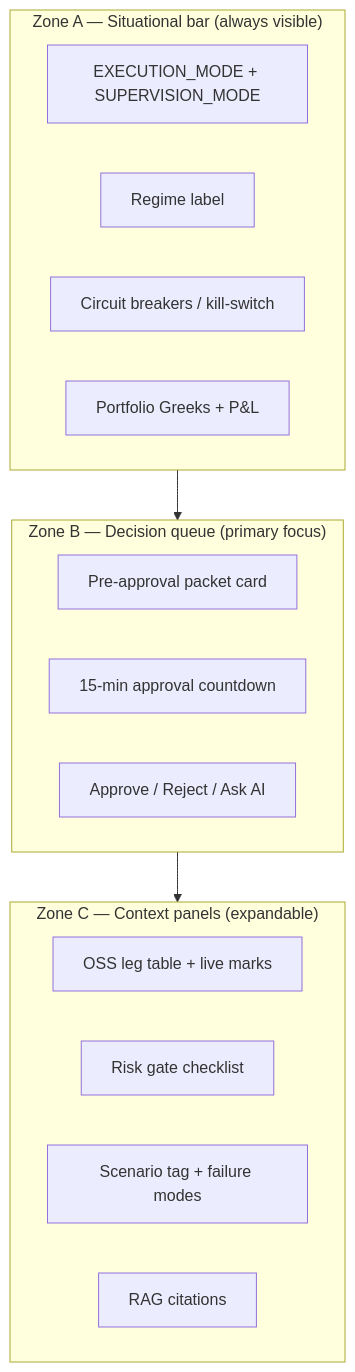
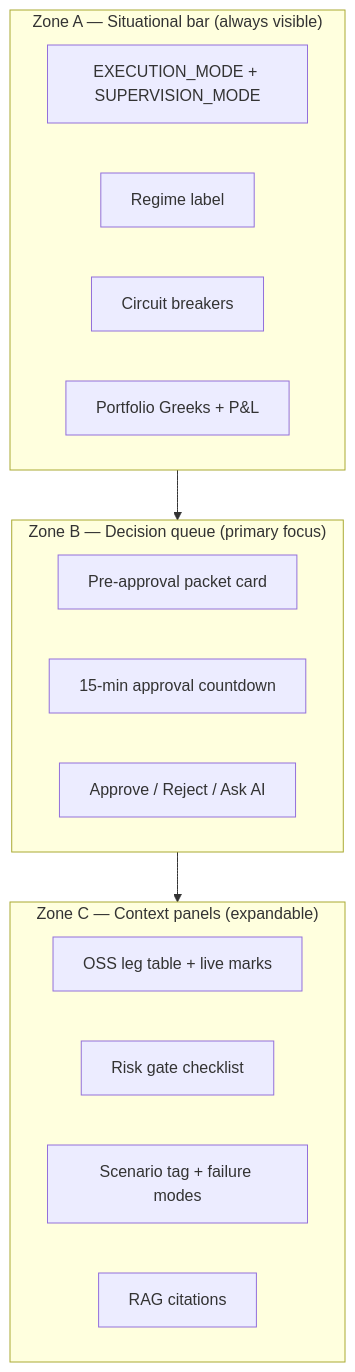
Before and after one commit to KarthikBattaram19/Trading_Bot_1: the diagram in Docs/UI_Dashboard.md, drawn with Mermaid. The commit also changed other lines of this file and 3 other files, not shown here.

First line of the commit message:
Sweep remaining stale kill-switch references from docs and local config

````diff
--- a/Docs/UI_Dashboard.md
+++ b/Docs/UI_Dashboard.md
@@ -31,24 +31,24 @@
 ```mermaid
 flowchart TB
     subgraph Top["Zone A — Situational bar (always visible)"]
         MODE[EXECUTION_MODE + SUPERVISION_MODE]
         REGIME[Regime label]
-        CB[Circuit breakers / kill-switch]
+        CB[Circuit breakers]
         EXP[Portfolio Greeks + P&L]
     end
 
     subgraph Center["Zone B — Decision queue (primary focus)"]
         CARD[Pre-approval packet card]
         TIMER[15-min approval countdown]
         ACTIONS[Approve / Reject / Ask AI]
     end
 
     subgraph Bottom["Zone C — Context panels (expandable)"]
         LEGS[OSS leg table + live marks]
         GATES[Risk gate checklist]
         SCENARIO[Scenario tag + failure modes]
         CITE[RAG citations]
     end
 
     Top --> Center --> Bottom
 ```
````
